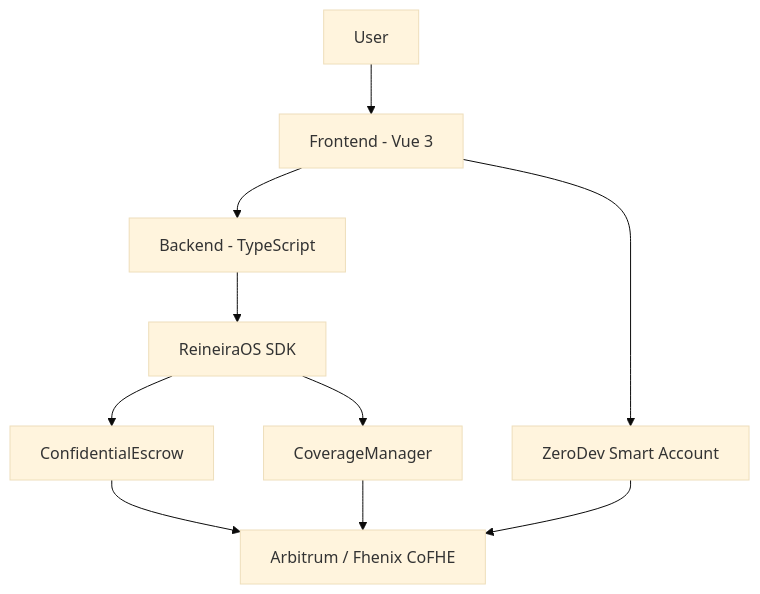
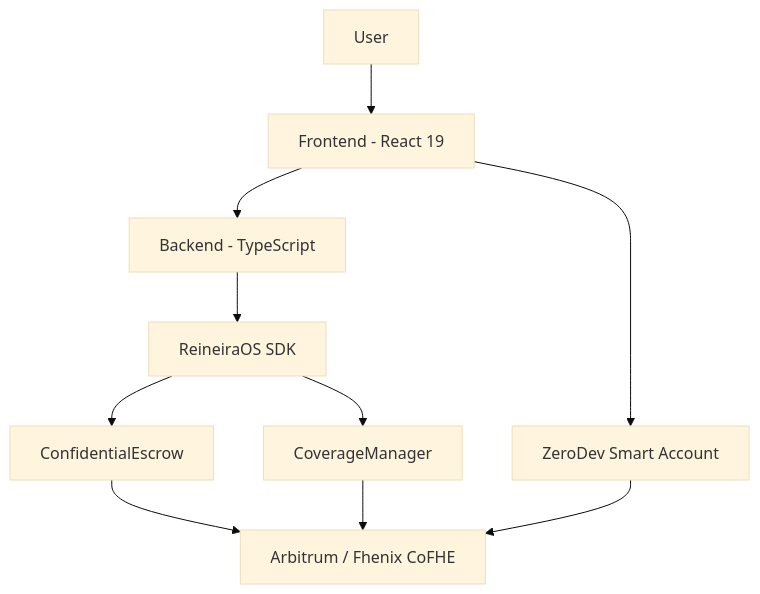
Before and after one commit to ReineiraOS/reineira-atlas: the diagram in .claude/docs/product/ARCHITECTURE.md, drawn with Mermaid (base theme). The commit also changed other lines of this file and 7 other files, not shown here.

Commit message:
docs: replace Vue 3 references with React 19 across docs

````diff
--- a/.claude/docs/product/ARCHITECTURE.md
+++ b/.claude/docs/product/ARCHITECTURE.md
@@ -35,12 +33,12 @@
 ```mermaid
 graph TD
-    User[User] --> FE[Frontend - Vue 3]
+    User[User] --> FE[Frontend - React 19]
     FE --> ZD[ZeroDev Smart Account]
     FE --> BE[Backend - TypeScript]
     BE --> SDK[ReineiraOS SDK]
     SDK --> ESC[ConfidentialEscrow]
     SDK --> COV[CoverageManager]
     ESC --> ARB[Arbitrum / Fhenix CoFHE]
     COV --> ARB
     ZD --> ARB
 ```
````
